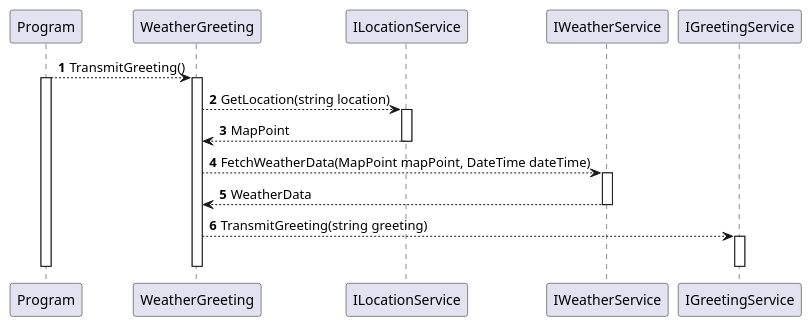
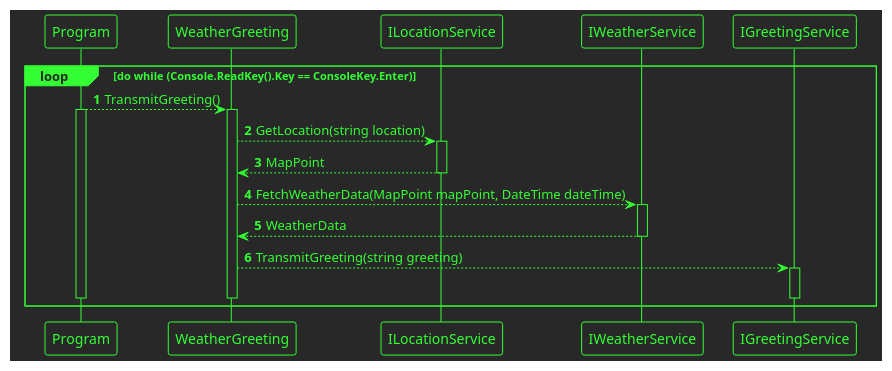
Before and after one commit to d-german/weather-greeting: the diagram in WeatherGreeting/WeatherGreeting/WeatherGreetingSequence.puml, drawn with PlantUML.

Commit message:
made some changes

```diff
--- a/WeatherGreeting/WeatherGreeting/WeatherGreetingSequence.puml
+++ b/WeatherGreeting/WeatherGreeting/WeatherGreetingSequence.puml
@@ -1,25 +1,23 @@
 @startuml
+!theme crt-green
 'https://plantuml.com/sequence-diagram
-
 autonumber
-
+loop do while (Console.ReadKey().Key == ConsoleKey.Enter)
 Program --> WeatherGreeting : TransmitGreeting()
 activate Program
 activate WeatherGreeting
 WeatherGreeting --> ILocationService: GetLocation(string location)
 activate ILocationService
 ILocationService --> WeatherGreeting : MapPoint
 deactivate ILocationService
 WeatherGreeting --> IWeatherService : FetchWeatherData(MapPoint mapPoint, DateTime dateTime)
 activate IWeatherService
 IWeatherService --> WeatherGreeting : WeatherData
 deactivate IWeatherService
 WeatherGreeting --> IGreetingService: TransmitGreeting(string greeting)
 activate IGreetingService
 deactivate IGreetingService
 deactivate WeatherGreeting
 deactivate Program
-
-
-
+end
 @enduml
```
